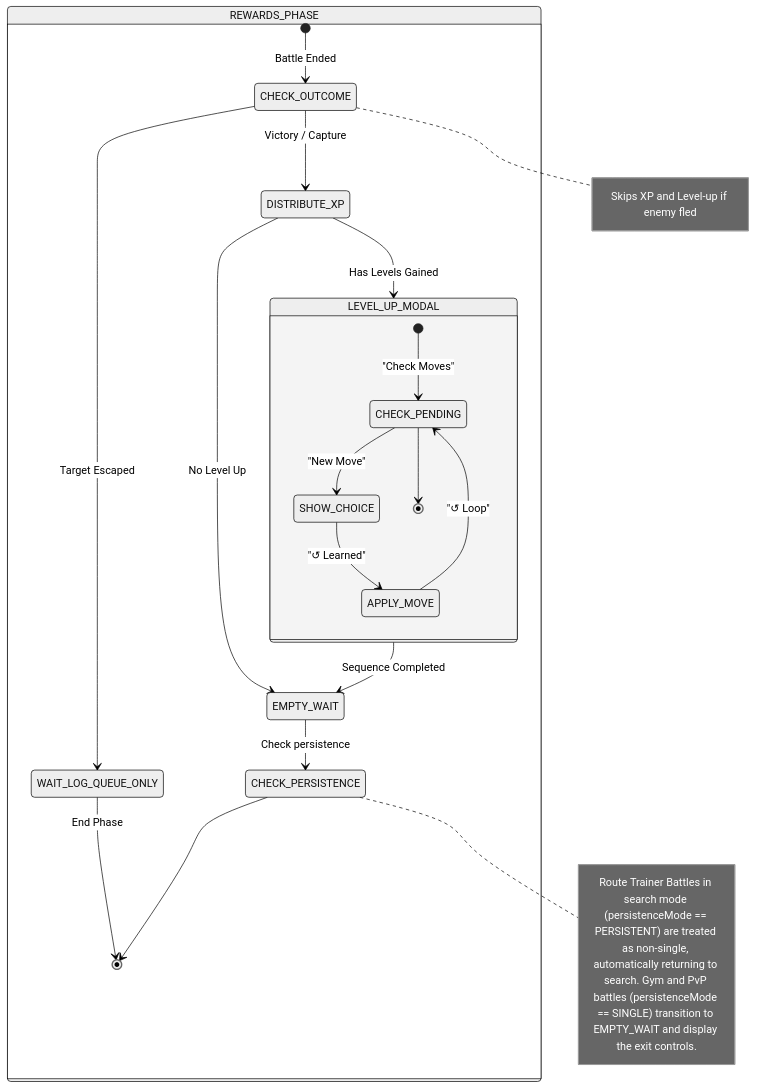
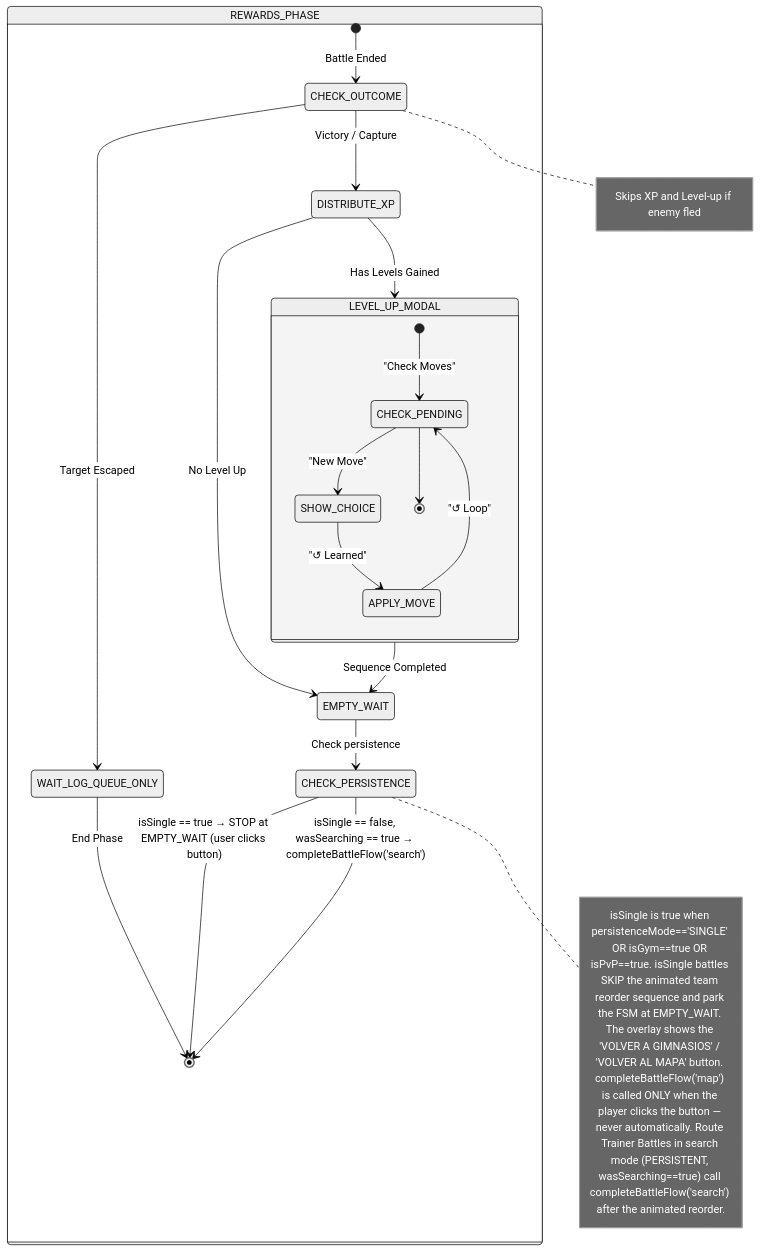
The tenth of 18 diagrams in .agents/skills/project-standards/references/battle/battle_mechanics_manual.md (Darkham77/PokeBorrador), drawn with Mermaid (neutral theme) before and after one commit. The commit also changed other lines of this file and 282 other files, not shown here.

````diff
--- a/.agents/skills/project-standards/references/battle/battle_mechanics_manual.md
+++ b/.agents/skills/project-standards/references/battle/battle_mechanics_manual.md
@@ -635,32 +636,33 @@
 ```mermaid
 stateDiagram-v2
     state REWARDS_PHASE {
         [*] --> CHECK_OUTCOME : Battle Ended
         state CHECK_OUTCOME <<choice>>
 
         CHECK_OUTCOME --> DISTRIBUTE_XP : Victory / Capture
         CHECK_OUTCOME --> WAIT_LOG_QUEUE_ONLY : Target Escaped
 
         DISTRIBUTE_XP --> LEVEL_UP_MODAL : Has Levels Gained
         DISTRIBUTE_XP --> EMPTY_WAIT : No Level Up
 
         state LEVEL_UP_MODAL {
             [*] --> CHECK_PENDING: "Check Moves"
             CHECK_PENDING --> SHOW_CHOICE: "New Move"
             SHOW_CHOICE --> APPLY_MOVE: "↺ Learned"
             APPLY_MOVE --> CHECK_PENDING: "↺ Loop"
             CHECK_PENDING --> [*]
         }
 
         LEVEL_UP_MODAL --> EMPTY_WAIT : Sequence Completed
         WAIT_LOG_QUEUE_ONLY --> [*] : End Phase
 
         EMPTY_WAIT --> CHECK_PERSISTENCE : Check persistence
         state CHECK_PERSISTENCE <<choice>>
-        CHECK_PERSISTENCE --> [*]
+        CHECK_PERSISTENCE --> [*] : isSingle == true → STOP at EMPTY_WAIT (user clicks button)
+        CHECK_PERSISTENCE --> [*] : isSingle == false, wasSearching == true → completeBattleFlow('search')
     }
 
     note right of CHECK_OUTCOME: Skips XP and Level-up if enemy fled
-    note right of CHECK_PERSISTENCE: Route Trainer Battles in search mode (persistenceMode == PERSISTENT) are treated as non-single, automatically returning to search. Gym and PvP battles (persistenceMode == SINGLE) transition to EMPTY_WAIT and display the exit controls.
+    note right of CHECK_PERSISTENCE: isSingle is true when persistenceMode=='SINGLE' OR isGym==true OR isPvP==true. isSingle battles SKIP the animated team reorder sequence and park the FSM at EMPTY_WAIT. The overlay shows the 'VOLVER A GIMNASIOS' / 'VOLVER AL MAPA' button. completeBattleFlow('map') is called ONLY when the player clicks the button — never automatically. Route Trainer Battles in search mode (PERSISTENT, wasSearching==true) call completeBattleFlow('search') after the animated reorder.
 
 ```
````
